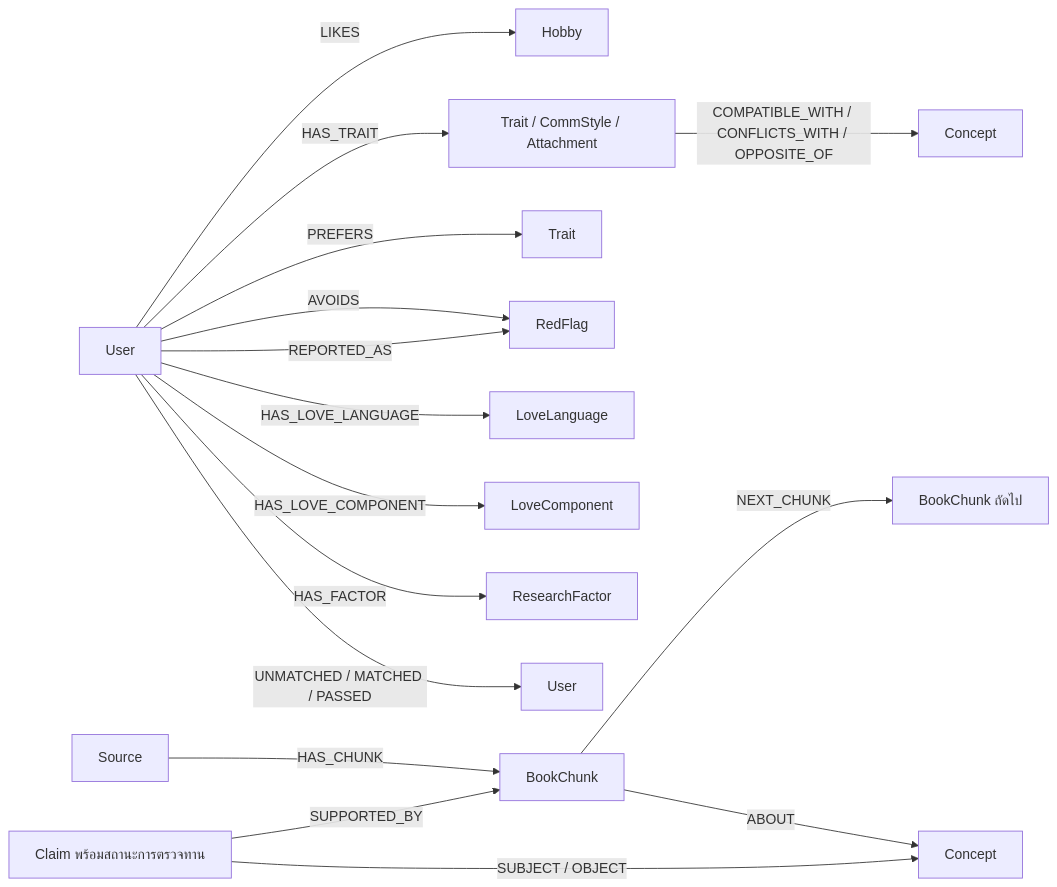
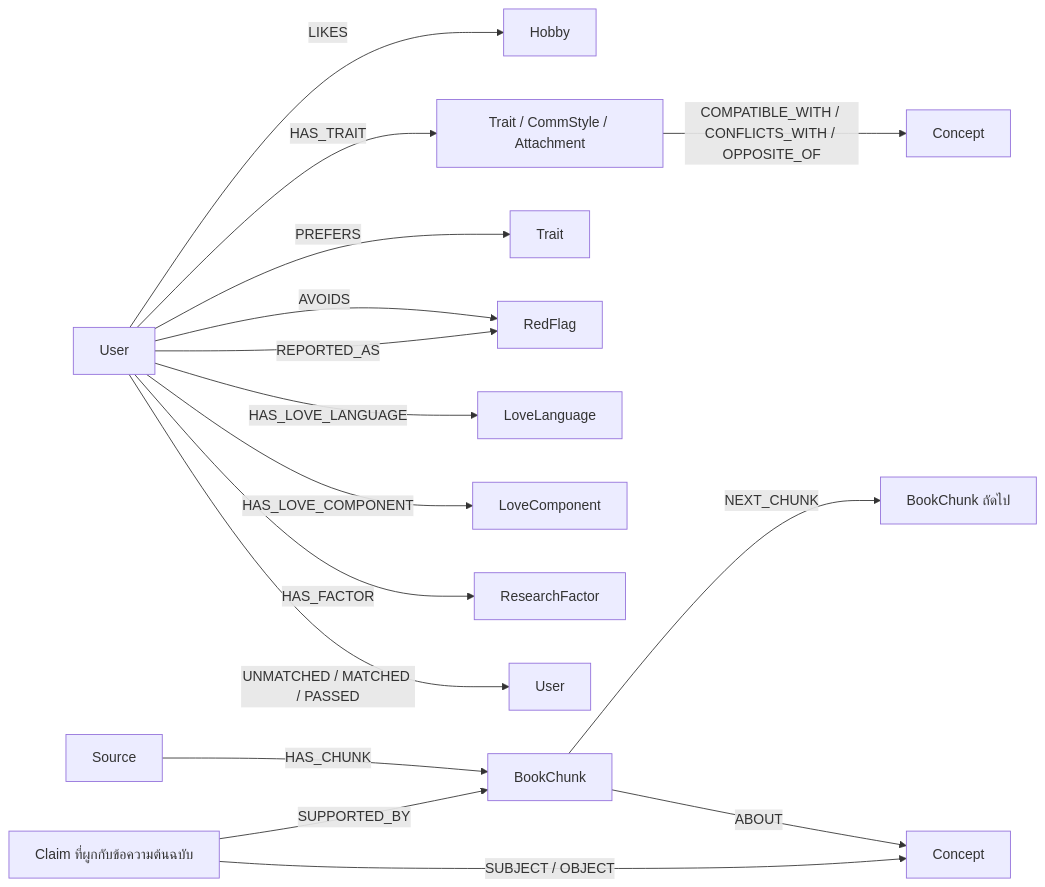
Before and after one commit to NontakonKan/Project_ai_dealing: the diagram in graph/README.md, drawn with Mermaid. The commit also changed other lines of this file and 35 other files, not shown here.

````diff
--- a/graph/README.md
+++ b/graph/README.md
@@ -22,18 +23,18 @@
 ```mermaid
 graph LR
   U[User] -->|LIKES| H[Hobby]
   U -->|HAS_TRAIT| T[Trait / CommStyle / Attachment]
   U -->|PREFERS| P[Trait]
   U -->|AVOIDS| R[RedFlag]
   U -->|REPORTED_AS| R
   U -->|HAS_LOVE_LANGUAGE| L[LoveLanguage]
   U -->|HAS_LOVE_COMPONENT| C[LoveComponent]
   U -->|HAS_FACTOR| F[ResearchFactor]
   U -->|UNMATCHED / MATCHED / PASSED| V[User]
   T -->|COMPATIBLE_WITH / CONFLICTS_WITH / OPPOSITE_OF| T2[Concept]
   S[Source] -->|HAS_CHUNK| B[BookChunk]
   B -->|NEXT_CHUNK| B2[BookChunk ถัดไป]
   B -->|ABOUT| K[Concept]
-  Q[Claim พร้อมสถานะการตรวจทาน] -->|SUBJECT / OBJECT| K
+  Q[Claim ที่ผูกกับข้อความต้นฉบับ] -->|SUBJECT / OBJECT| K
   Q -->|SUPPORTED_BY| B
 ```
````
